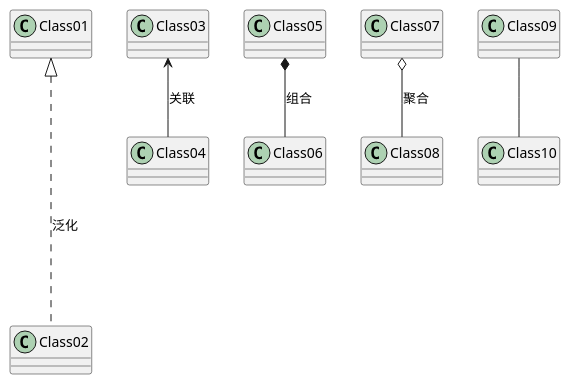
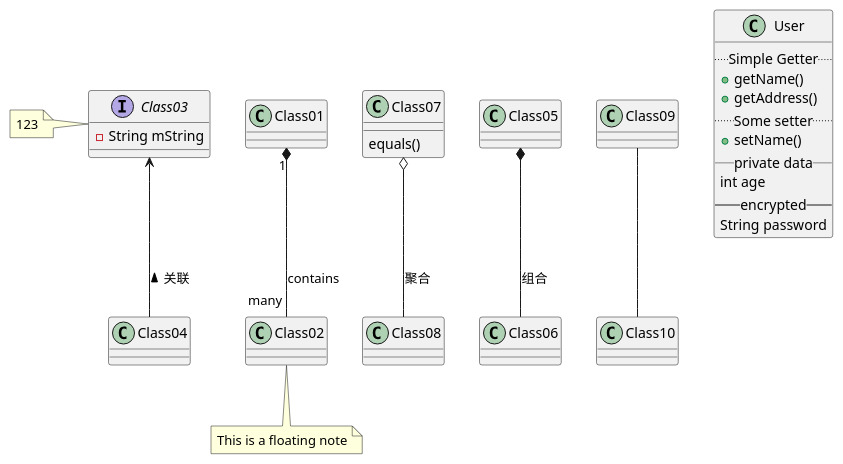
Before and after one commit to stonelay/MyLearnNote: the diagram in Plantuml/Plantuml.md, drawn with PlantUML. The commit also changed other lines of this file and 1 other file, not shown here.

Commit message:
modify plant uml

````diff
--- a/Plantuml/Plantuml.md
+++ b/Plantuml/Plantuml.md
@@ -13,14 +20,44 @@
 ```plantuml
+
 
 @startuml
 
-Class01 <|.... Class02:泛化
-Class03 <-- Class04:关联
+note "This is a floating note" as N1
+Class02 .. N1
+
+
+
+interface Class03 {
+    - String mString
+}
+
+note left : 123
+
+Class07 : equals()
+
+Class01 "1" *-- "many" Class02 : contains
+
+Class03 <-- Class04:关联 <
 Class05 *-- Class06:组合
 Class07 o-- Class08:聚合
+
+
+
 Class09 -- Class10
+
+class User {
+  .. Simple Getter ..
+  + getName()
+  + getAddress()
+  .. Some setter ..
+  + setName()
+  __ private data __
+  int age
+  -- encrypted --
+  String password
+}
 
 @enduml
 
 
 ```
````
